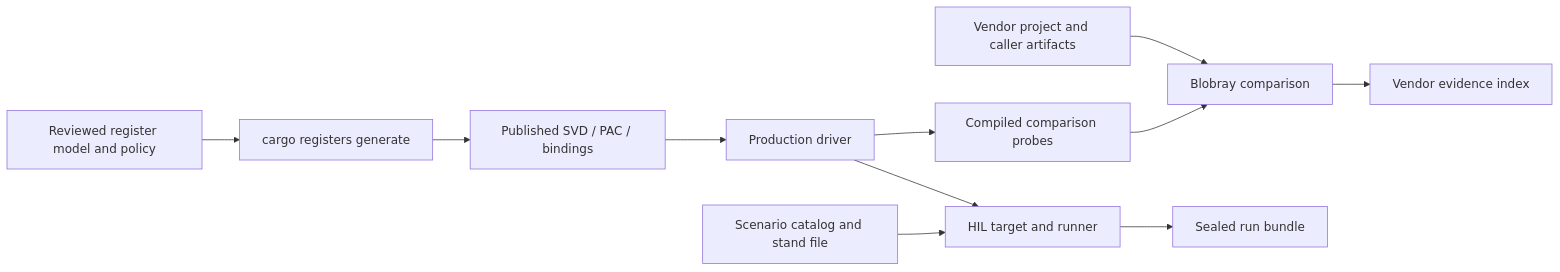
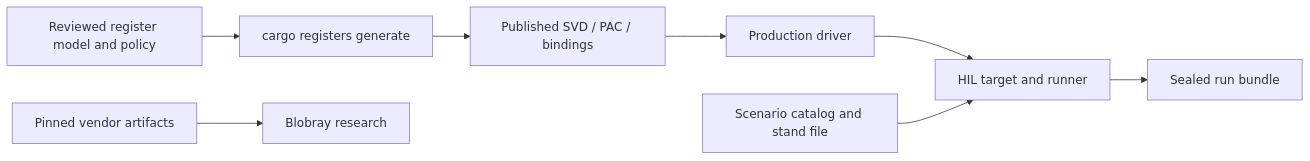
Before and after one commit to ermacv/open-esp-radio-rs: the second of 2 diagrams in docs/architecture.md, drawn with Mermaid. The commit also changed other lines of this file and 284 other files, not shown here.

````diff
--- a/docs/architecture.md
+++ b/docs/architecture.md
@@ -866,13 +865,10 @@
 ```mermaid
 flowchart LR
     R[Reviewed register model and policy] --> P[cargo registers generate]
     P --> G[Published SVD / PAC / bindings]
     G --> D[Production driver]
-    D --> C[Compiled comparison probes]
-    V[Vendor project and caller artifacts] --> B[Blobray comparison]
-    C --> B
+    V[Pinned vendor artifacts] --> B[Blobray research]
     D --> H[HIL target and runner]
     S[Scenario catalog and stand file] --> H
-    B --> I[Vendor evidence index]
     H --> U[Sealed run bundle]
 ```
````
